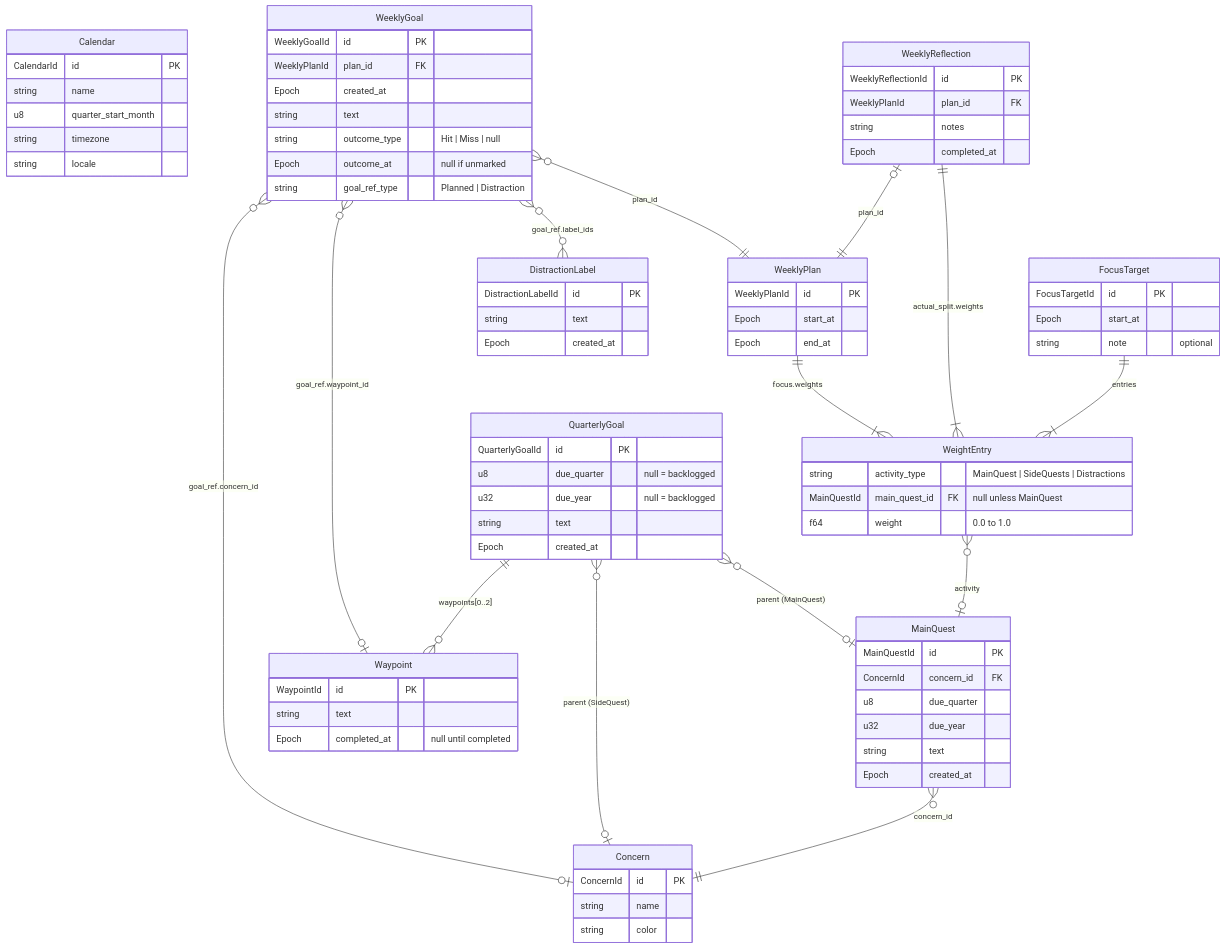
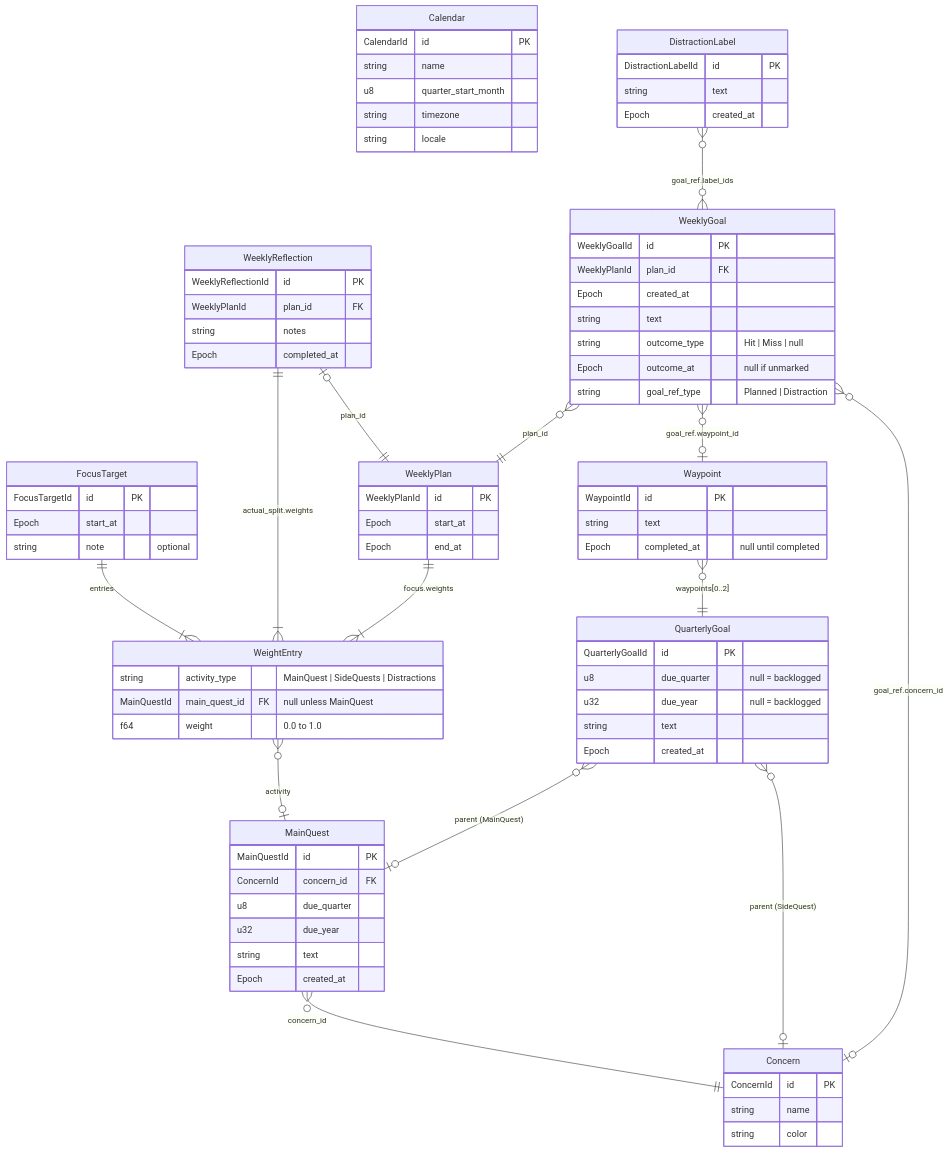
Before and after one commit to yshavit/hrairto: the diagram in src-tauri/src/models/stored.md, drawn with Mermaid. The commit also changed 1 other file, not shown here.

Commit message:
models: tweak ERD diagram layout

````diff
--- a/src-tauri/src/models/stored.md
+++ b/src-tauri/src/models/stored.md
@@ -85,10 +85,10 @@
     WeightEntry }o--o| MainQuest : activity
     QuarterlyGoal }o--o| MainQuest : "parent (MainQuest)"
     QuarterlyGoal }o--o| Concern : "parent (SideQuest)"
-    QuarterlyGoal ||--o{ Waypoint : "waypoints[0..2]"
+    Waypoint }o--|| QuarterlyGoal : "waypoints[0..2]"
     WeeklyPlan ||--|{ WeightEntry : "focus.weights"
     WeeklyGoal }o--|| WeeklyPlan : plan_id
     WeeklyGoal }o--o| Waypoint : "goal_ref.waypoint_id"
     WeeklyGoal }o--o| Concern : "goal_ref.concern_id"
-    WeeklyGoal }o--o{ DistractionLabel : "goal_ref.label_ids"
+    DistractionLabel }o--o{ WeeklyGoal : "goal_ref.label_ids"
 ```
````
